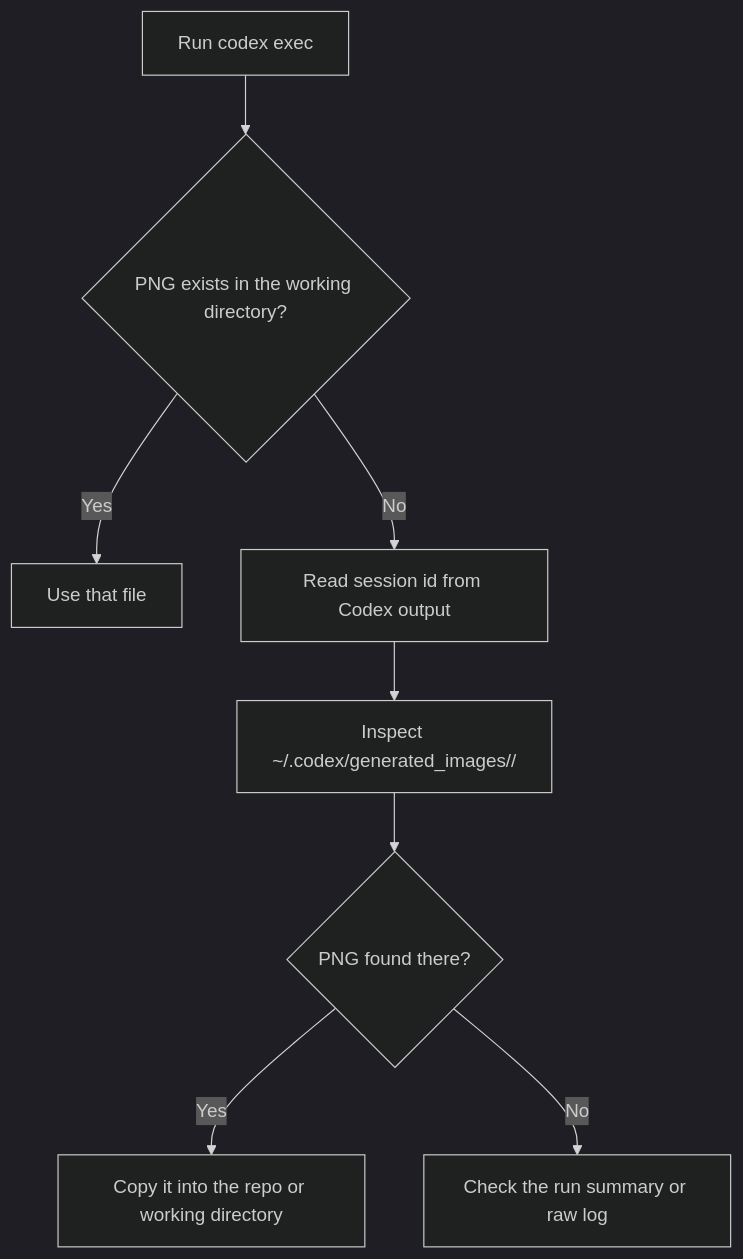
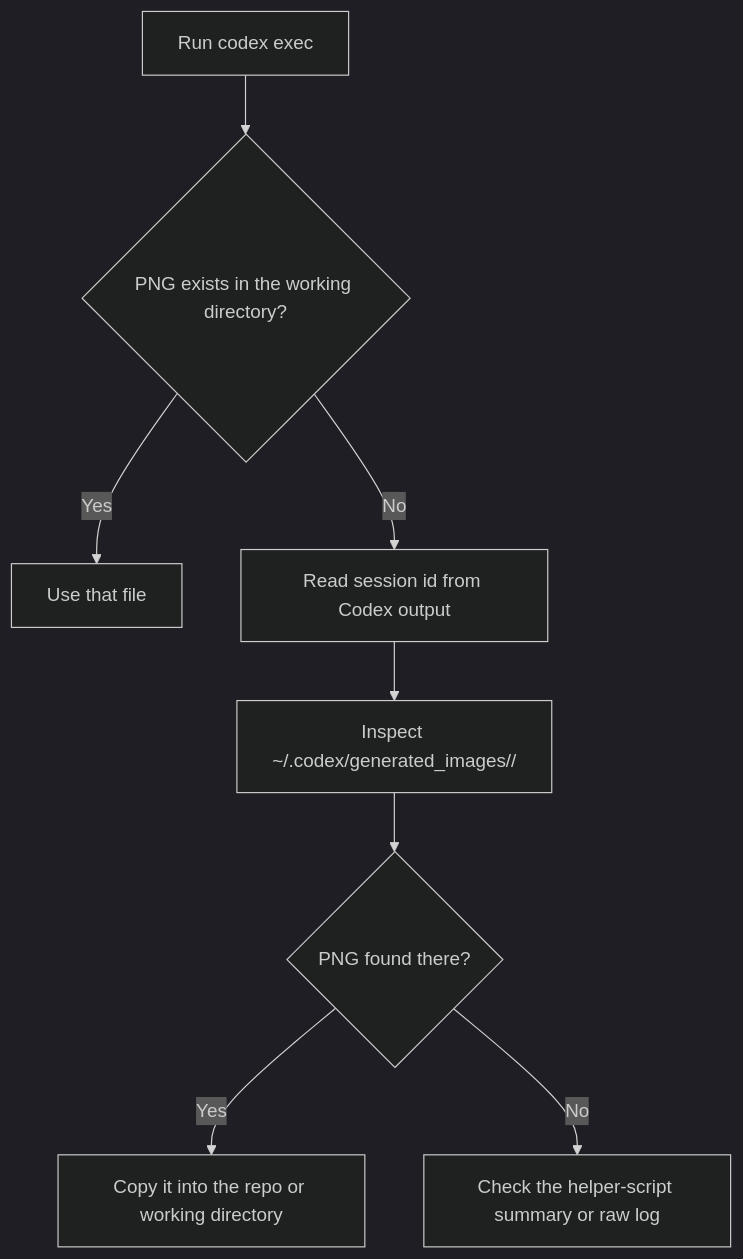
The diagram in share/README.md (TK2F/codex-cli-image-generation-wsl2-notes), drawn with Mermaid (dark theme) before and after one commit. The commit also changed other lines of this file and 19 other files, not shown here.

````diff
--- a/share/README.md
+++ b/share/README.md
@@ -69,10 +94,10 @@
 ```mermaid
 flowchart TD
   A[Run codex exec] --> B{PNG exists in the working directory?}
   B -->|Yes| C[Use that file]
   B -->|No| D[Read session id from Codex output]
   D --> E[Inspect ~/.codex/generated_images/<session-id>/]
   E --> F{PNG found there?}
   F -->|Yes| G[Copy it into the repo or working directory]
-  F -->|No| H[Check the run summary or raw log]
+  F -->|No| H[Check the helper-script summary or raw log]
 ```
````
